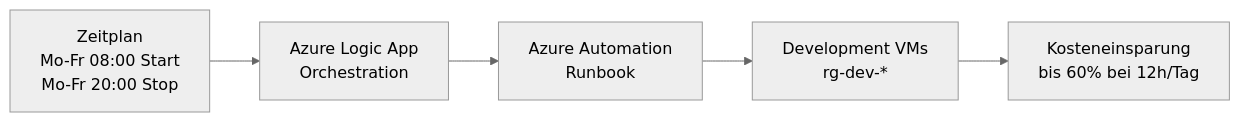
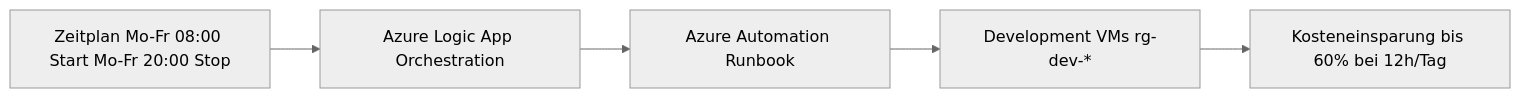
The fourth of 4 diagrams in Microsoft 365/Azure/Monitor und Management/Azure Automation.md (SoniiiT/notes-n-docs), drawn with Mermaid (neutral theme) before and after one commit. The commit also changed other lines of this file and 124 other files, not shown here.

First line of the commit message:
fix: Entferne \n aus allen Mermaid-Diagrammen (125 Dateien)

````diff
--- a/Microsoft 365/Azure/Monitor und Management/Azure Automation.md
+++ b/Microsoft 365/Azure/Monitor und Management/Azure Automation.md
@@ -441,13 +441,13 @@
 ```mermaid
 graph LR
-    Schedule["Zeitplan\nMo-Fr 08:00 Start\nMo-Fr 20:00 Stop"]
-    Logic["Azure Logic App\nOrchestration"]
-    Runbook["Azure Automation\nRunbook"]
-    VMs["Development VMs\nrg-dev-*"]
-    Savings["Kosteneinsparung\nbis 60% bei 12h/Tag"]
+    Schedule["Zeitplan Mo-Fr 08:00 Start Mo-Fr 20:00 Stop"]
+    Logic["Azure Logic App Orchestration"]
+    Runbook["Azure Automation Runbook"]
+    VMs["Development VMs rg-dev-*"]
+    Savings["Kosteneinsparung bis 60% bei 12h/Tag"]
 
     Schedule --> Logic
     Logic --> Runbook
     Runbook --> VMs
     VMs --> Savings
 ```
````
